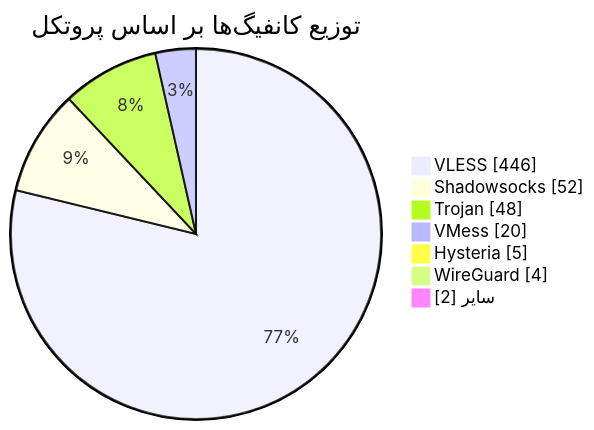
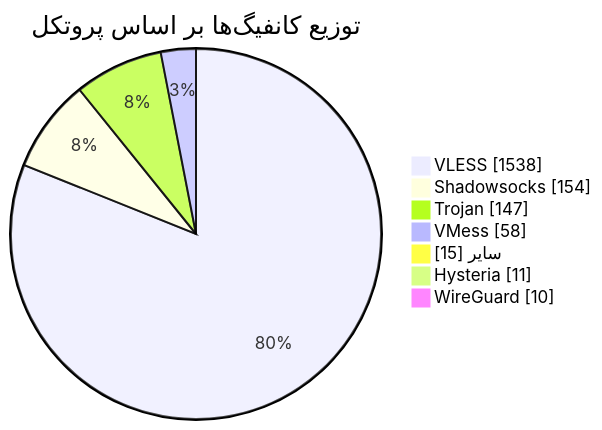
Before and after one commit to Arian-Alijani/Somthing: the diagram in README.md, drawn with Mermaid. The commit also changed other lines of this file and 21 other files, not shown here.

````diff
--- a/README.md
+++ b/README.md
@@ -49,11 +49,11 @@
 ```mermaid
 pie showData
     title توزیع کانفیگ‌ها بر اساس پروتکل
-    "VLESS" : 446
-    "Shadowsocks" : 52
-    "Trojan" : 48
-    "VMess" : 20
-    "Hysteria" : 5
-    "WireGuard" : 4
-    "سایر" : 2
+    "VLESS" : 1538
+    "Shadowsocks" : 154
+    "Trojan" : 147
+    "VMess" : 58
+    "سایر" : 15
+    "Hysteria" : 11
+    "WireGuard" : 10
 ```
````
